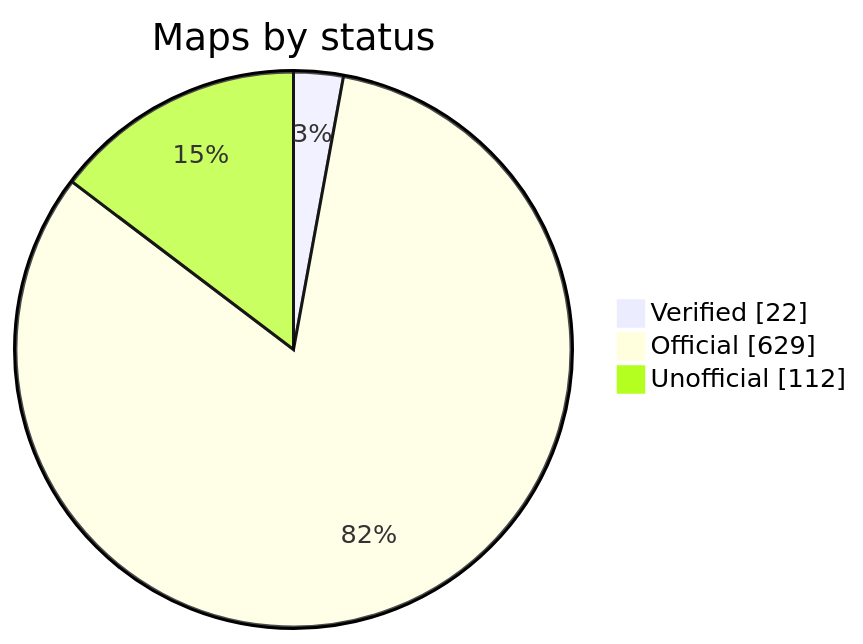
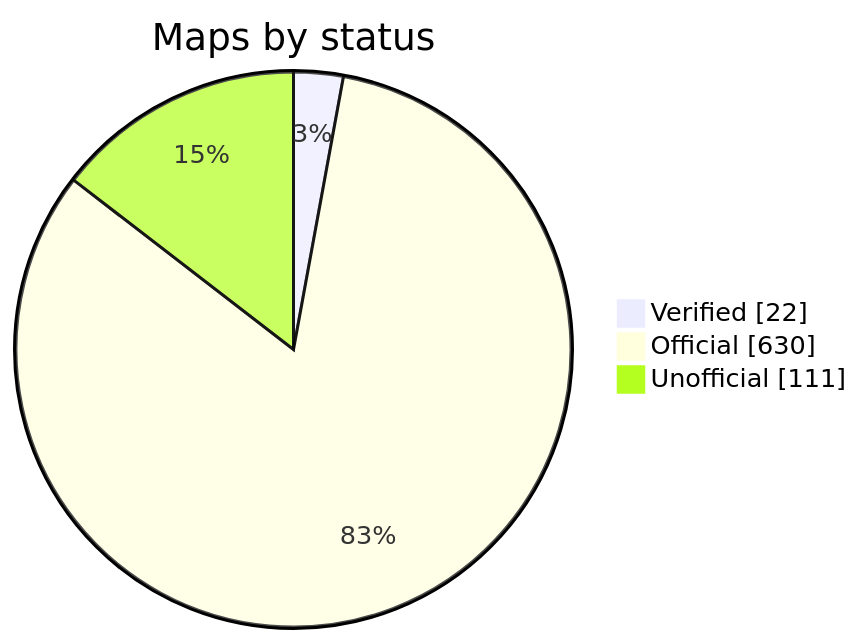
One commit to nobrega8/mbmap-library changed the diagram in README.md. Above: the diagram before and after it, drawn with Mermaid. The commit also changed 6 other files, not shown here.

````diff
--- a/README.md
+++ b/README.md
@@ -52,7 +52,7 @@
 ```mermaid
 pie showData
     title Maps by status
     "Verified" : 22
-    "Official" : 629
-    "Unofficial" : 112
+    "Official" : 630
+    "Unofficial" : 111
 ```
````
